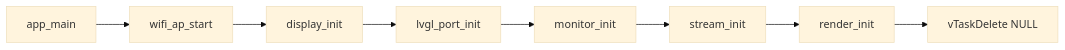
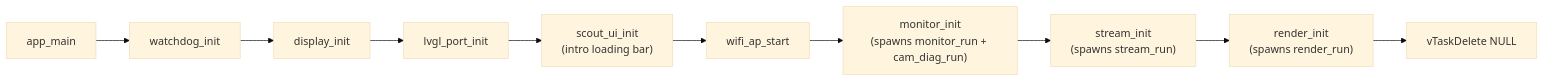
The first of 2 diagrams in docs/scout_screen_flow.md (LINTECH-CHAS-ACADEMY-SUVX25/Scout), drawn with Mermaid (base theme) before and after one commit. The commit also changed other lines of this file and 2 other files, not shown here.

Commit message:
flow documents (needs to be updated more)

````diff
--- a/docs/scout_screen_flow.md
+++ b/docs/scout_screen_flow.md
@@ -8,10 +8,12 @@
 ```mermaid
 flowchart LR
-    A[app_main] --> B[wifi_ap_start]
+    A[app_main] --> B[watchdog_init]
     B --> C[display_init]
     C --> D[lvgl_port_init]
-    D --> E[monitor_init]
-    E --> F[stream_init]
-    F --> G[render_init]
-    G --> H[vTaskDelete NULL]
+    D --> E["scout_ui_init\n(intro loading bar)"]
+    E --> F[wifi_ap_start]
+    F --> G["monitor_init\n(spawns monitor_run + cam_diag_run)"]
+    G --> H["stream_init\n(spawns stream_run)"]
+    H --> I["render_init\n(spawns render_run)"]
+    I --> J[vTaskDelete NULL]
 ```
````
